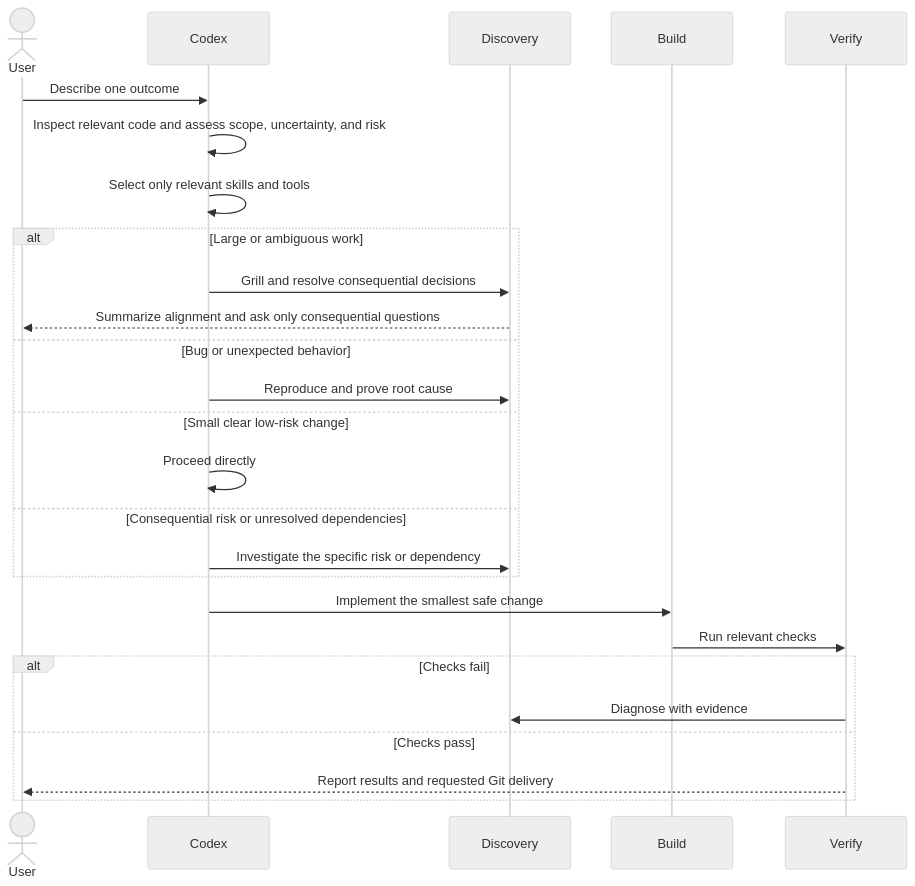
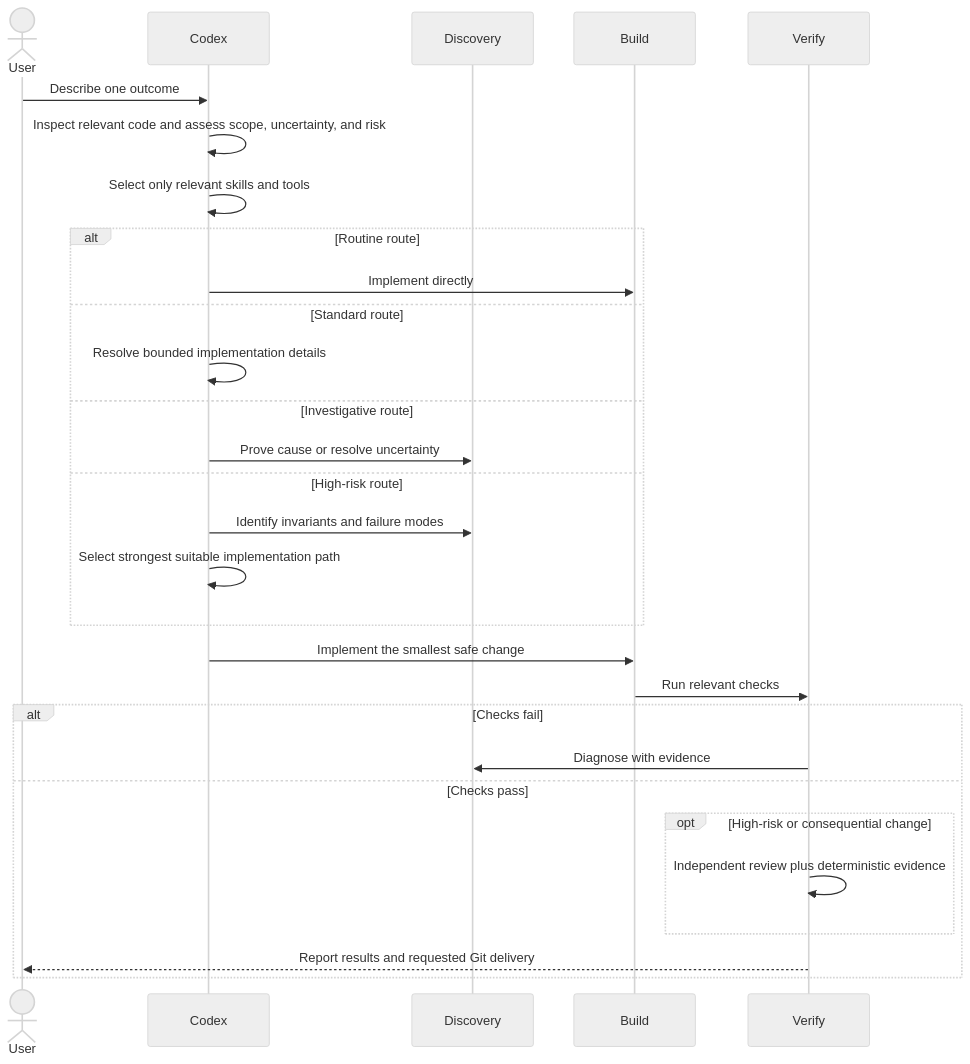
Before and after one commit to moKshagna-p/codex-powers: the diagram in README.md, drawn with Mermaid (neutral theme). The commit also changed other lines of this file and 3 other files, not shown here.

````diff
--- a/README.md
+++ b/README.md
@@ -17,29 +17,32 @@
 ```mermaid
 sequenceDiagram
     actor User
     participant Codex
     participant Discovery
     participant Build
     participant Verify
 
     User->>Codex: Describe one outcome
     Codex->>Codex: Inspect relevant code and assess scope, uncertainty, and risk
     Codex->>Codex: Select only relevant skills and tools
-    alt Large or ambiguous work
-        Codex->>Discovery: Grill and resolve consequential decisions
-        Discovery-->>User: Summarize alignment and ask only consequential questions
-    else Bug or unexpected behavior
-        Codex->>Discovery: Reproduce and prove root cause
-    else Small clear low-risk change
-        Codex->>Codex: Proceed directly
-    else Consequential risk or unresolved dependencies
-        Codex->>Discovery: Investigate the specific risk or dependency
+    alt Routine route
+        Codex->>Build: Implement directly
+    else Standard route
+        Codex->>Codex: Resolve bounded implementation details
+    else Investigative route
+        Codex->>Discovery: Prove cause or resolve uncertainty
+    else High-risk route
+        Codex->>Discovery: Identify invariants and failure modes
+        Codex->>Codex: Select strongest suitable implementation path
     end
     Codex->>Build: Implement the smallest safe change
     Build->>Verify: Run relevant checks
     alt Checks fail
         Verify->>Discovery: Diagnose with evidence
     else Checks pass
+        opt High-risk or consequential change
+            Verify->>Verify: Independent review plus deterministic evidence
+        end
         Verify-->>User: Report results and requested Git delivery
     end
 ```
````
